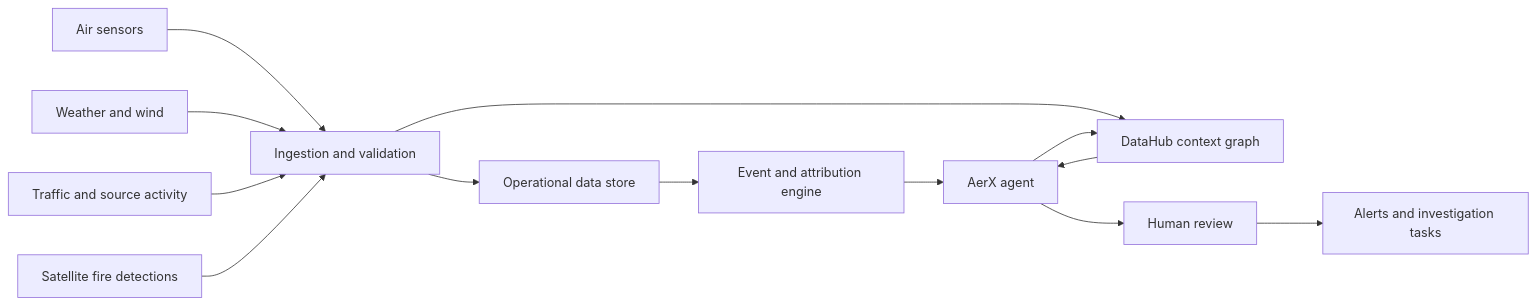
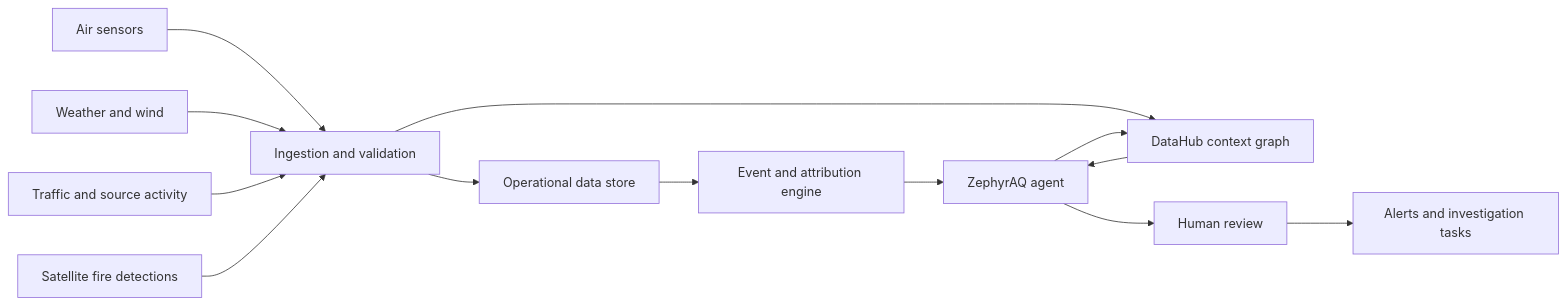
The diagram in README.md (lhnminh/air-quality-data-hub), drawn with Mermaid before and after one commit. The commit also changed other lines of this file and 20 other files, not shown here.

Commit message:
Rename project from AerX to ZephyrAQ

````diff
--- a/README.md
+++ b/README.md
@@ -43,15 +43,15 @@
 ```mermaid
 flowchart LR
     A["Air sensors"] --> E["Ingestion and validation"]
     B["Weather and wind"] --> E
     C["Traffic and source activity"] --> E
     D["Satellite fire detections"] --> E
     E --> F["Operational data store"]
     E --> G["DataHub context graph"]
     F --> H["Event and attribution engine"]
-    G --> I["AerX agent"]
+    G --> I["ZephyrAQ agent"]
     H --> I
     I --> J["Human review"]
     J --> K["Alerts and investigation tasks"]
     I --> G
 ```
````
